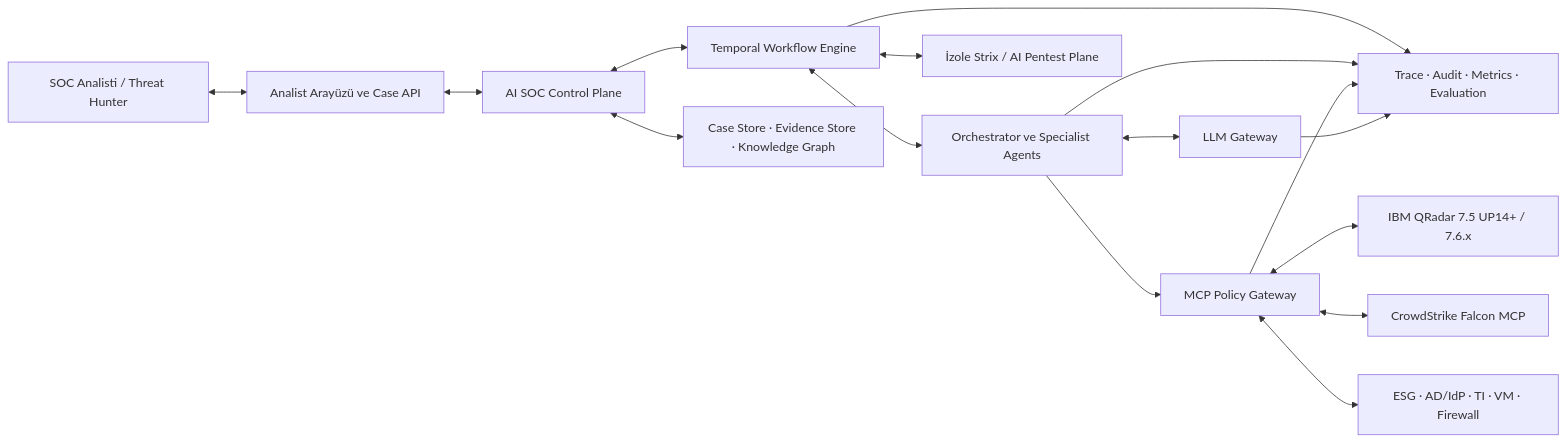
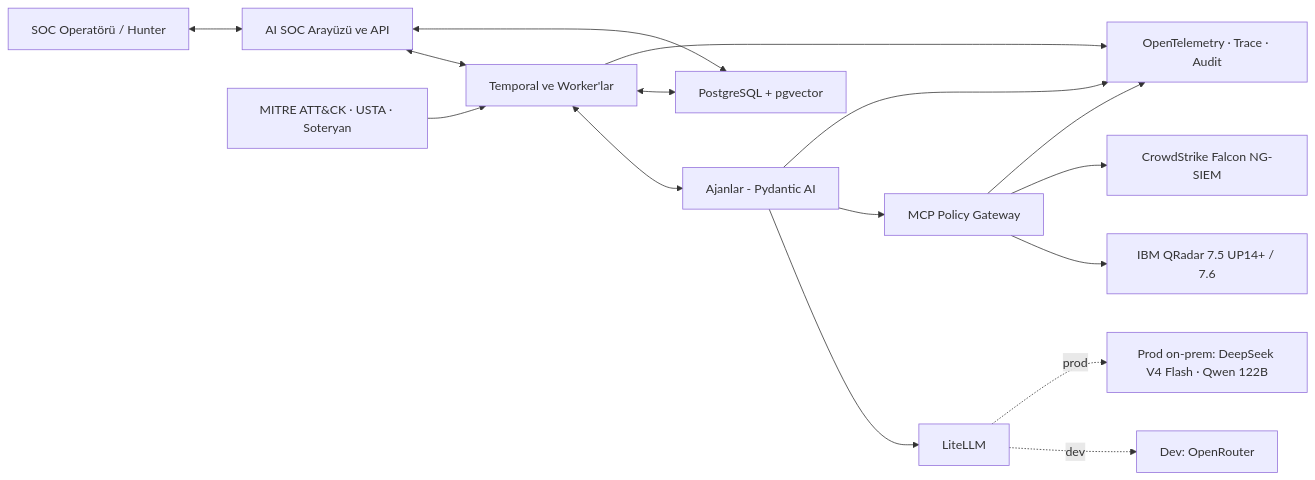
One commit to wiemBe/ais0c changed the first of 6 diagrams in docs/architecture.md. Above: the diagram before and after it, drawn with Mermaid. The commit also changed other lines of this file and 43 other files, not shown here.

````diff
--- a/docs/architecture.md
+++ b/docs/architecture.md
@@ -22,32 +44,32 @@
 ```mermaid
 flowchart LR
-    Analyst["SOC Analisti / Threat Hunter"]
-    UI["Analist Arayüzü ve Case API"]
-    Core["AI SOC Control Plane"]
-    Temporal["Temporal Workflow Engine"]
-    Agents["Orchestrator ve Specialist Agents"]
-    Policy["MCP Policy Gateway"]
-    Models["LLM Gateway"]
-    QRadar["IBM QRadar 7.5 UP14+ / 7.6.x"]
-    Falcon["CrowdStrike Falcon MCP"]
-    Future["ESG · AD/IdP · TI · VM · Firewall"]
-    Pentest["İzole Strix / AI Pentest Plane"]
-    Memory["Case Store · Evidence Store · Knowledge Graph"]
-    Obs["Trace · Audit · Metrics · Evaluation"]
+    OP["SOC Operatörü / Hunter"]
+    UI["AI SOC Arayüzü ve API"]
+    TMP["Temporal ve Worker'lar"]
+    AG["Ajanlar - Pydantic AI"]
+    GW["MCP Policy Gateway"]
+    LLM["LiteLLM"]
+    DEVM["Dev: OpenRouter"]
+    PRODM["Prod on-prem: DeepSeek V4 Flash · Qwen 122B"]
+    QR["IBM QRadar 7.5 UP14+ / 7.6"]
+    FAL["CrowdStrike Falcon NG-SIEM"]
+    CTI["MITRE ATT&CK · USTA · Soteryan"]
+    DB["PostgreSQL + pgvector"]
+    OBS["OpenTelemetry · Trace · Audit"]
 
-    Analyst <--> UI
-    UI <--> Core
-    Core <--> Temporal
-    Temporal <--> Agents
-    Agents <--> Models
-    Agents --> Policy
-    Policy <--> QRadar
-    Policy <--> Falcon
-    Policy <--> Future
-    Temporal <--> Pentest
-    Core <--> Memory
-    Temporal --> Obs
-    Agents --> Obs
-    Policy --> Obs
-    Models --> Obs
+    OP <--> UI
+    UI <--> TMP
+    UI <--> DB
+    TMP <--> AG
+    TMP <--> DB
+    AG --> LLM
+    LLM -.->|"dev"| DEVM
+    LLM -.->|"prod"| PRODM
+    AG --> GW
+    GW --> QR
+    GW --> FAL
+    CTI --> TMP
+    AG --> OBS
+    GW --> OBS
+    TMP --> OBS
 ```
````
